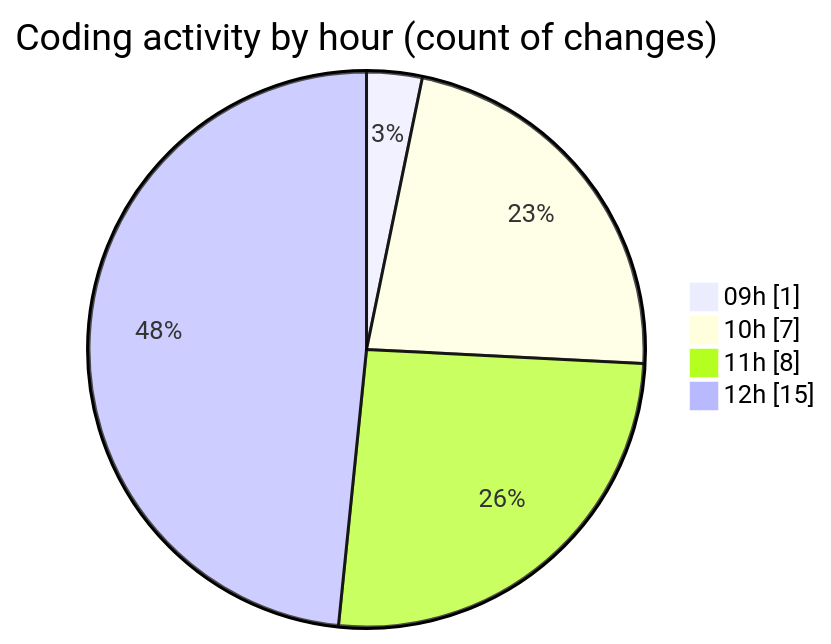
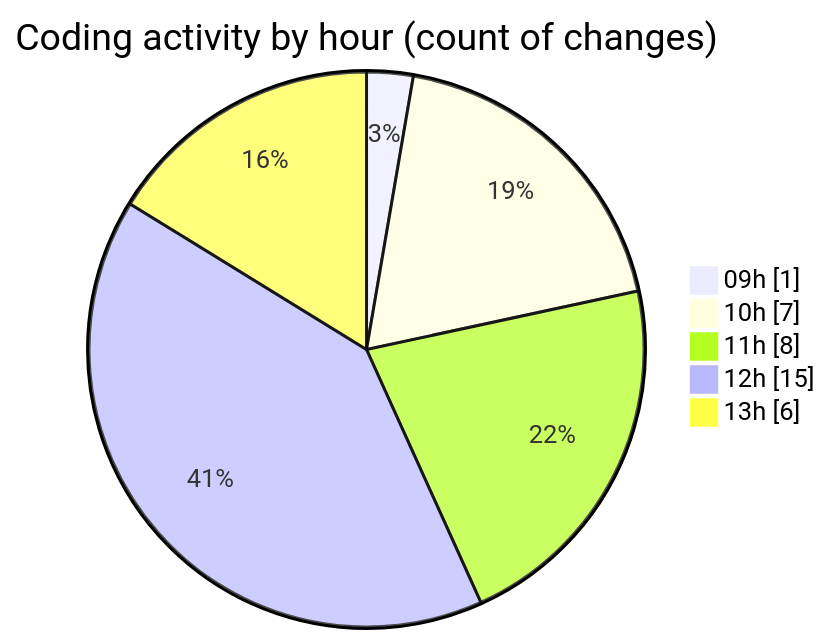
Before and after one commit to Elitesun/code-tracking: the second of 2 diagrams in 2025-02-12/elitegpt/README.md, drawn with Mermaid. The commit also changed other lines of this file and 1 other file, not shown here.

````diff
--- a/2025-02-12/elitegpt/README.md
+++ b/2025-02-12/elitegpt/README.md
@@ -39,8 +42,9 @@
 ```mermaid
 pie showData
 title Coding activity by hour (count of changes)
 "09h" : 1
 "10h" : 7
 "11h" : 8
 "12h" : 15
+"13h" : 6
 ```
````
